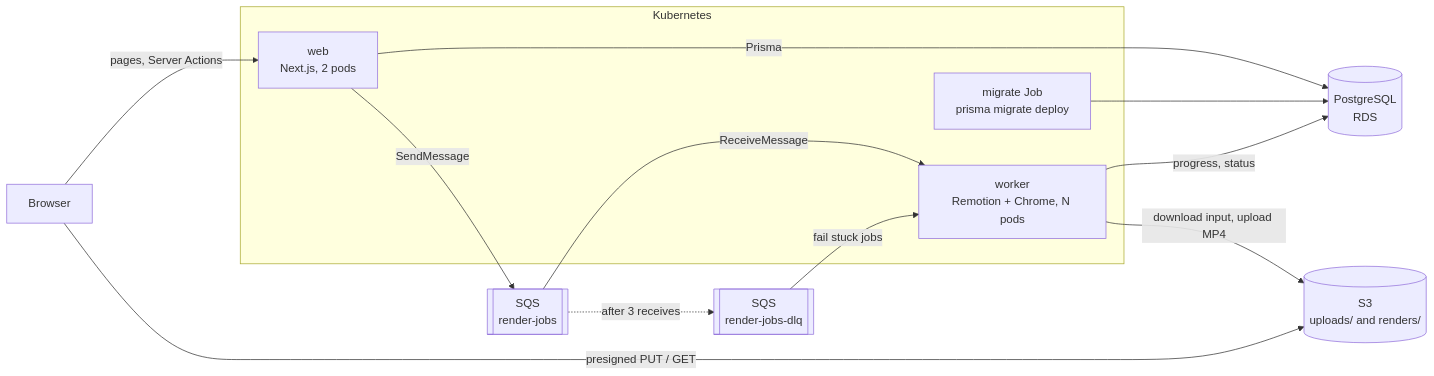
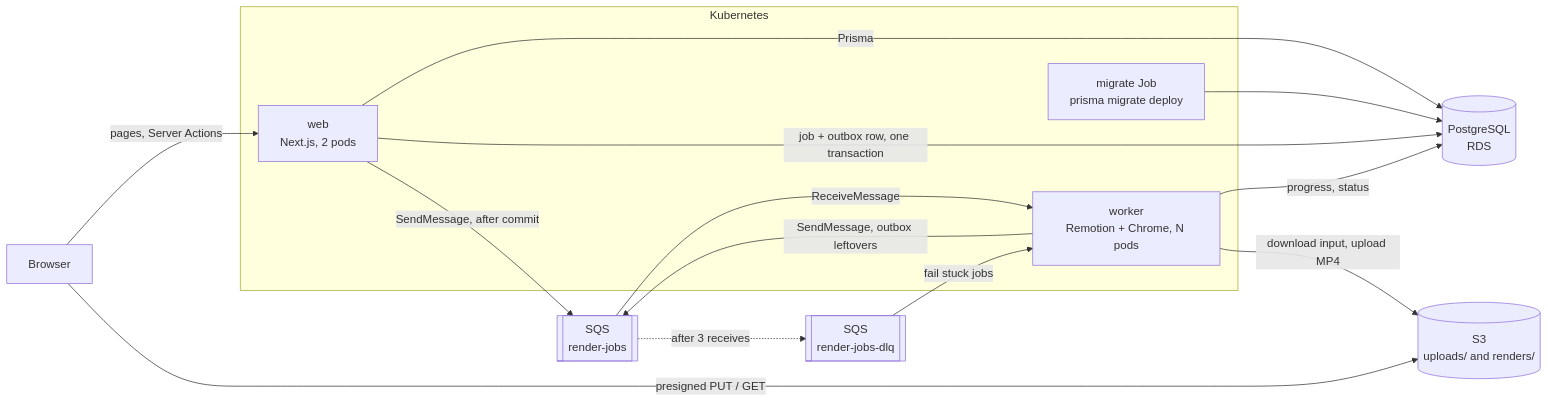
The first of 2 diagrams in docs/ARCHITECTURE.md (LeighAtkins/ReelWalk), drawn with Mermaid before and after one commit. The commit also changed other lines of this file and 23 other files, not shown here.

````diff
--- a/docs/ARCHITECTURE.md
+++ b/docs/ARCHITECTURE.md
@@ -5,26 +5,28 @@
 ```mermaid
 flowchart LR
   browser[Browser]
 
   subgraph k8s[Kubernetes]
     web[web<br/>Next.js, 2 pods]
     worker[worker<br/>Remotion + Chrome, N pods]
     migrate[migrate Job<br/>prisma migrate deploy]
   end
 
   pg[(PostgreSQL<br/>RDS)]
   s3[(S3<br/>uploads/ and renders/)]
   sqs[[SQS<br/>render-jobs]]
   dlq[[SQS<br/>render-jobs-dlq]]
 
   browser -- pages, Server Actions --> web
   browser -- presigned PUT / GET --> s3
   web -- Prisma --> pg
-  web -- SendMessage --> sqs
+  web -- job + outbox row, one transaction --> pg
+  web -- SendMessage, after commit --> sqs
+  worker -- SendMessage, outbox leftovers --> sqs
   sqs -- ReceiveMessage --> worker
   sqs -. after 3 receives .-> dlq
   dlq -- fail stuck jobs --> worker
   worker -- progress, status --> pg
   worker -- download input, upload MP4 --> s3
   migrate --> pg
 ```
````
